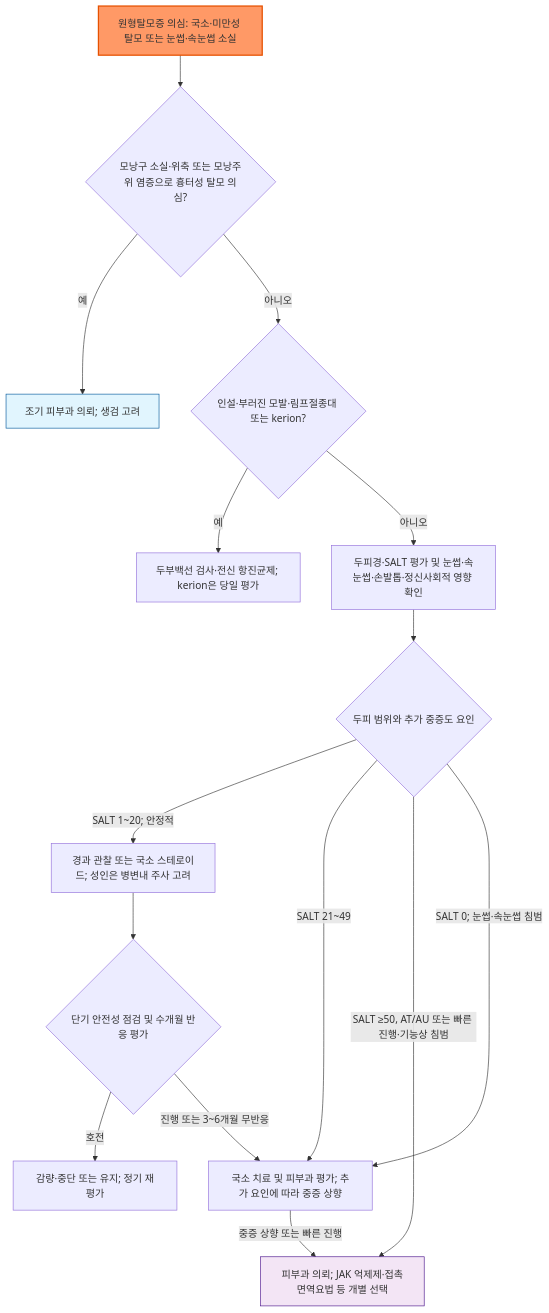
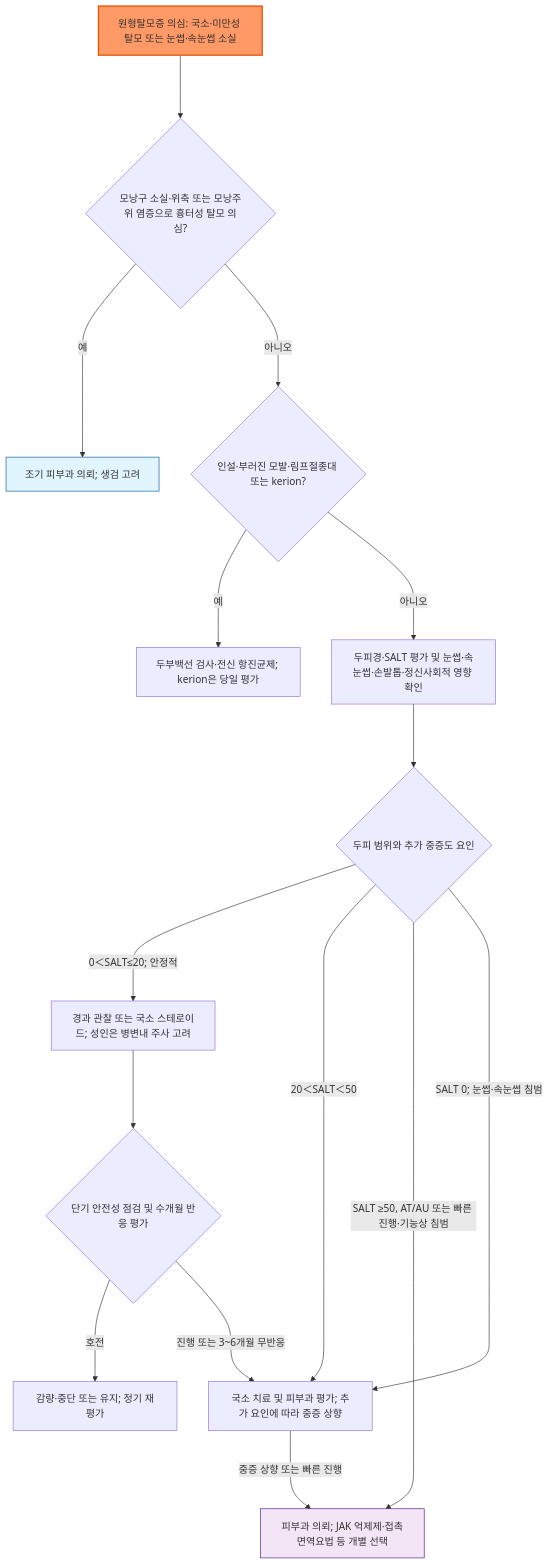
Before and after one commit to familyoh77/familyoh77: the diagram in 229_/187_-alopecia-areata.md, drawn with Mermaid. The commit also changed other lines of this file and 3 other files, not shown here.

````diff
--- a/229_/187_-alopecia-areata.md
+++ b/229_/187_-alopecia-areata.md
@@ -91,20 +97,20 @@
 ```mermaid
 graph TD
-    A["원형탈모증 의심: 국소·미만성 탈모 또는 눈썹·속눈썹 소실"] --> B{"모낭구 소실·위축 또는 모낭주위 염증으로 흉터성 탈모 의심?"}
-    B -->|예| C["조기 피부과 의뢰; 생검 고려"]
-    B -->|아니오| T{"인설·부러진 모발·림프절종대 또는 kerion?"}
-    T -->|예| TC["두부백선 검사·전신 항진균제; kerion은 당일 평가"]
-    T -->|아니오| D["두피경·SALT 평가 및 눈썹·속눈썹·손발톱·정신사회적 영향 확인"]
-    D --> E{"두피 범위와 추가 중증도 요인"}
-    E -->|"SALT 1~20; 안정적"| F["경과 관찰 또는 국소 스테로이드; 성인은 병변내 주사 고려"]
-    E -->|"SALT 21~49"| G["국소 치료 및 피부과 평가; 추가 요인에 따라 중증 상향"]
-    E -->|"SALT ≥50, AT/AU 또는 빠른 진행·기능상 침범"| H["피부과 의뢰; JAK 억제제·접촉면역요법 등 개별 선택"]
-    E -->|"SALT 0; 눈썹·속눈썹 침범"| G
-    F --> I{"단기 안전성 점검 및 수개월 반응 평가"}
-    I -->|호전| J["감량·중단 또는 유지; 정기 재평가"]
-    I -->|"진행 또는 3~6개월 무반응"| G
-    G -->|"중증 상향 또는 빠른 진행"| H
+    A["원형탈모증 의심: 국소·미만성 탈모 또는 눈썹·속눈썹 소실"] ---> B{"모낭구 소실·위축 또는 모낭주위 염증으로 흉터성 탈모 의심?"}
+    B --->|예| C["조기 피부과 의뢰; 생검 고려"]
+    B --->|아니오| T{"인설·부러진 모발·림프절종대 또는 kerion?"}
+    T --->|예| TC["두부백선 검사·전신 항진균제; kerion은 당일 평가"]
+    T --->|아니오| D["두피경·SALT 평가 및 눈썹·속눈썹·손발톱·정신사회적 영향 확인"]
+    D ---> E{"두피 범위와 추가 중증도 요인"}
+    E --->|"0＜SALT≤20; 안정적"| F["경과 관찰 또는 국소 스테로이드; 성인은 병변내 주사 고려"]
+    E --->|"20＜SALT＜50"| G["국소 치료 및 피부과 평가; 추가 요인에 따라 중증 상향"]
+    E --->|"SALT ≥50, AT/AU 또는 빠른 진행·기능상 침범"| H["피부과 의뢰; JAK 억제제·접촉면역요법 등 개별 선택"]
+    E --->|"SALT 0; 눈썹·속눈썹 침범"| G
+    F ---> I{"단기 안전성 점검 및 수개월 반응 평가"}
+    I --->|호전| J["감량·중단 또는 유지; 정기 재평가"]
+    I --->|"진행 또는 3~6개월 무반응"| G
+    G --->|"중증 상향 또는 빠른 진행"| H
     style A fill:#f96,stroke:#e65100,stroke-width:2px
     style H fill:#f3e5f5,stroke:#4a148c
     style C fill:#e1f5fe,stroke:#01579b
 ```
````
